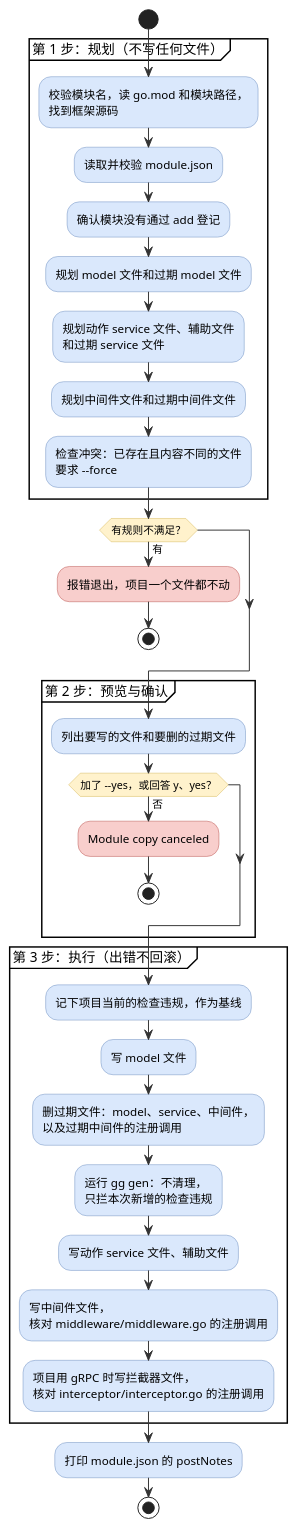
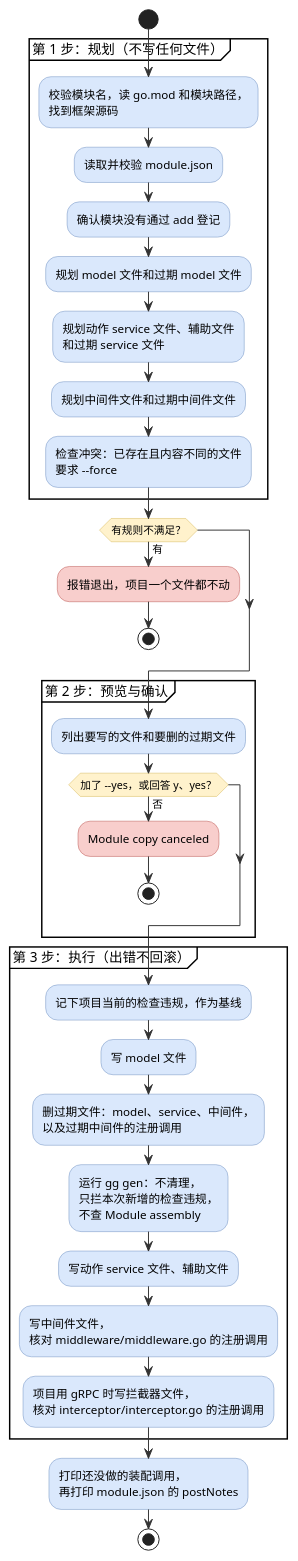
The first of 2 diagrams in cmd/gg/MODULE.md (hydroan/gst), drawn with PlantUML before and after one commit. The commit also changed other lines of this file and 6 other files, not shown here.

First line of the commit message:
fix(gg): let module copy leave the module assembly to the project and print the calls pending

````diff
--- a/cmd/gg/MODULE.md
+++ b/cmd/gg/MODULE.md
@@ -88,53 +88,55 @@
 ```plantuml
 @startuml
 skinparam activity {
   BackgroundColor #dae8fc
   BorderColor #6c8ebf
   ArrowColor #333333
   DiamondBackgroundColor #fff2cc
   DiamondBorderColor #d6b656
   BackgroundColor<<cancel>> #f8cecc
   BorderColor<<cancel>> #b85450
 }
 
 start
 partition "第 1 步：规划（不写任何文件）" {
   :校验模块名，读 go.mod 和模块路径，
   找到框架源码;
   :读取并校验 module.json;
   :确认模块没有通过 add 登记;
   :规划 model 文件和过期 model 文件;
   :规划动作 service 文件、辅助文件
   和过期 service 文件;
   :规划中间件文件和过期中间件文件;
   :检查冲突：已存在且内容不同的文件
   要求 --force;
 }
 if (有规则不满足？) then (有)
   :报错退出，项目一个文件都不动; <<cancel>>
   stop
 endif
 partition "第 2 步：预览与确认" {
   :列出要写的文件和要删的过期文件;
   if (加了 --yes，或回答 y、yes？) then (否)
     :Module copy canceled; <<cancel>>
     stop
   endif
 }
 partition "第 3 步：执行（出错不回滚）" {
   :记下项目当前的检查违规，作为基线;
   :写 model 文件;
   :删过期文件：model、service、中间件，
   以及过期中间件的注册调用;
   :运行 gg gen：不清理，
-  只拦本次新增的检查违规;
+  只拦本次新增的检查违规，
+  不查 Module assembly;
   :写动作 service 文件、辅助文件;
   :写中间件文件，
   核对 middleware/middleware.go 的注册调用;
   :项目用 gRPC 时写拦截器文件，
   核对 interceptor/interceptor.go 的注册调用;
 }
-:打印 module.json 的 postNotes;
+:打印还没做的装配调用，
+再打印 module.json 的 postNotes;
 stop
 @enduml
 ```
````
